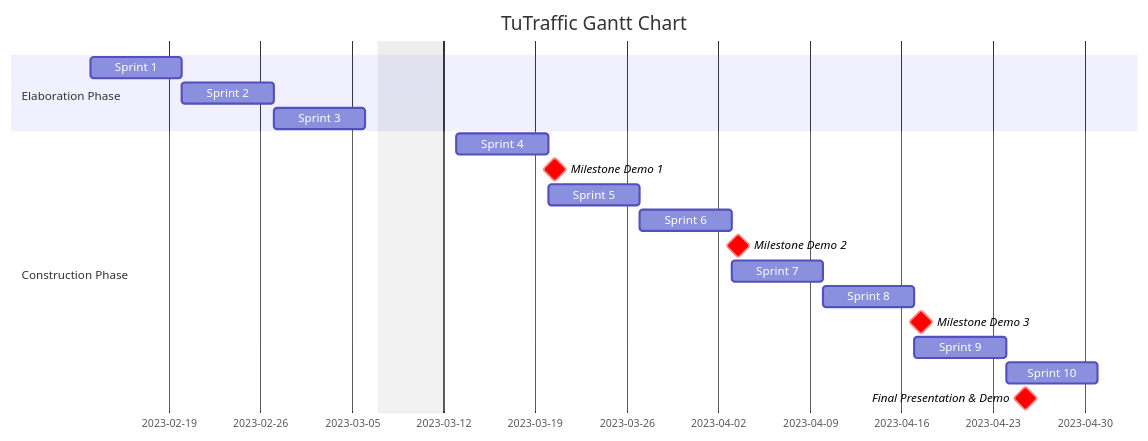
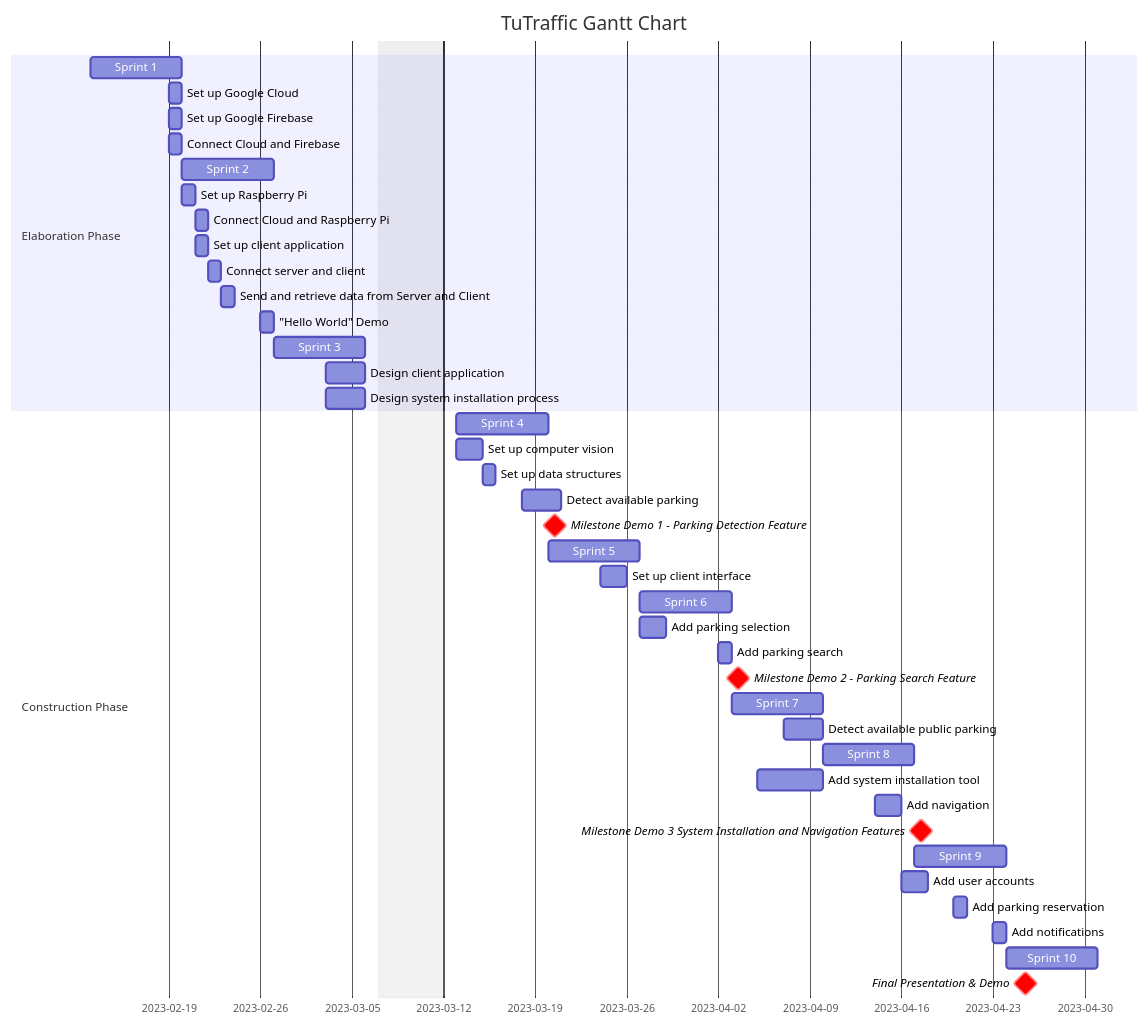
The diagram in documentation/docs/development-plan/schedule.md (Capstone-Projects-2023-Spring/project-tutraffic), drawn with Mermaid before and after one commit.

Commit message:
Initial gantt chart.

````diff
--- a/documentation/docs/development-plan/schedule.md
+++ b/documentation/docs/development-plan/schedule.md
@@ -7,22 +7,45 @@
 ```mermaid
 gantt
 dateFormat  YYYY-MM-DD
 title TuTraffic Gantt Chart
 excludes 2023-03-07 2023-03-08 2023-03-09 2023-03-10 2023-03-11
 section Elaboration Phase
 	Sprint 1: , 2023-02-13, 1w
+	Set up Google Cloud: , 2023-02-19, 1d
+	Set up Google Firebase: , 2023-02-19, 1d
+	Connect Cloud and Firebase: , 2023-02-19, 1d
 	Sprint 2: , 2023-02-20, 1w
+	Set up Raspberry Pi: , 2023-02-20, 1d
+	Connect Cloud and Raspberry Pi: , 2023-02-21, 1d
+	Set up client application: , 2023-02-21, 1d
+	Connect server and client: , 2023-02-22, 1d
+	Send and retrieve data from Server and Client: , 2023-02-23, 1d
+	"Hello World" Demo: , 2023-02-26, 1d
 	Sprint 3: , 2023-02-27, 1w
+	Design client application: , 2023-03-03, 3d
+	Design system installation process: , 2023-03-03, 3d
 section Construction Phase 
 	Sprint 4: , 2023-03-13, 1w
-	Milestone Demo 1 :crit, milestone,  , 2023-03-20, 1d
+	Set up computer vision: , 2023-03-13, 2d
+	Set up data structures: , 2023-03-15, 1d
+	Detect available parking: , 2023-03-18, 3d
+	Milestone Demo 1 - Parking Detection Feature:crit, milestone,  , 2023-03-20, 1d
 	Sprint 5: , 2023-03-20, 1w
+	Set up client interface: , 2023-03-24, 2d
 	Sprint 6: , 2023-03-27, 1w
-	Milestone Demo 2 :crit, milestone,  , 2023-04-03, 1d
+	Add parking selection: , 2023-03-27, 2d
+	Add parking search: , 2023-04-02, 1d
+	Milestone Demo 2 - Parking Search Feature:crit, milestone,  , 2023-04-03, 1d
 	Sprint 7: , 2023-04-03, 1w
+	Detect available public parking: , 2023-04-07, 3d
 	Sprint 8: , 2023-04-10, 1w
-	Milestone Demo 3 :crit, milestone,  , 2023-04-17, 1d
+	Add system installation tool: , 2023-04-05, 5d
+	Add navigation: , 2023-04-14, 2d
+	Milestone Demo 3 System Installation and Navigation Features:crit, milestone,  , 2023-04-17, 1d
 	Sprint 9: , 2023-04-17, 1w
+	Add user accounts: , 2023-04-16, 2d
+	Add parking reservation: , 2023-04-20, 1d
+	Add notifications: , 2023-04-23, 1d
 	Sprint 10: , 2023-04-24, 1w
 	Final Presentation & Demo :crit, milestone,  , 2023-04-25, 1d
 ```
````
